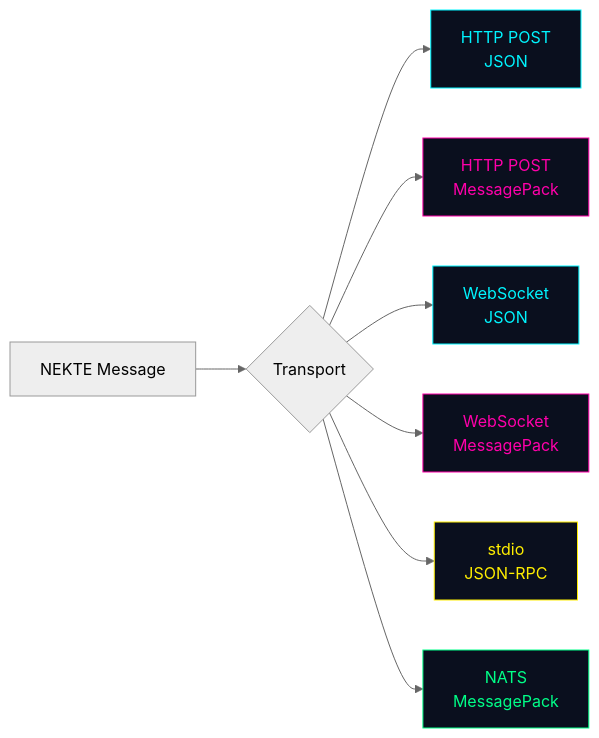
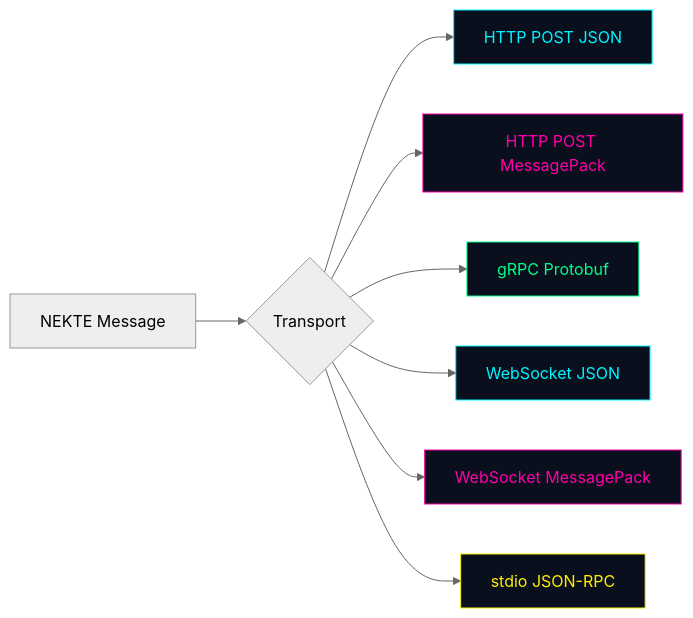
One commit to nekte-protocol/nekte changed diagram 11 of 11 in docs/PROTOCOL_FLOWS.md. Above: the diagram before and after it, drawn with Mermaid (neutral theme). The commit also changed other lines of this file and 28 other files, not shown here.

````diff
--- a/docs/PROTOCOL_FLOWS.md
+++ b/docs/PROTOCOL_FLOWS.md
@@ -122,17 +274,17 @@
 ```mermaid
 flowchart LR
     A[NEKTE Message] --> B{Transport}
-    B --> C[HTTP POST<br/>JSON]
-    B --> D[HTTP POST<br/>MessagePack]
-    B --> E[WebSocket<br/>JSON]
-    B --> F[WebSocket<br/>MessagePack]
-    B --> G[stdio<br/>JSON-RPC]
-    B --> H[NATS<br/>MessagePack]
+    B --> C[HTTP POST JSON]
+    B --> D[HTTP POST MessagePack]
+    B --> E[gRPC Protobuf]
+    B --> F[WebSocket JSON]
+    B --> G[WebSocket MessagePack]
+    B --> H[stdio JSON-RPC]
 
     style C fill:#0a0f1e,stroke:#00f5ff,color:#00f5ff
     style D fill:#0a0f1e,stroke:#ff00aa,color:#ff00aa
-    style E fill:#0a0f1e,stroke:#00f5ff,color:#00f5ff
-    style F fill:#0a0f1e,stroke:#ff00aa,color:#ff00aa
-    style G fill:#0a0f1e,stroke:#ffee00,color:#ffee00
-    style H fill:#0a0f1e,stroke:#00ff88,color:#00ff88
+    style E fill:#0a0f1e,stroke:#00ff88,color:#00ff88
+    style F fill:#0a0f1e,stroke:#00f5ff,color:#00f5ff
+    style G fill:#0a0f1e,stroke:#ff00aa,color:#ff00aa
+    style H fill:#0a0f1e,stroke:#ffee00,color:#ffee00
 ```
````
